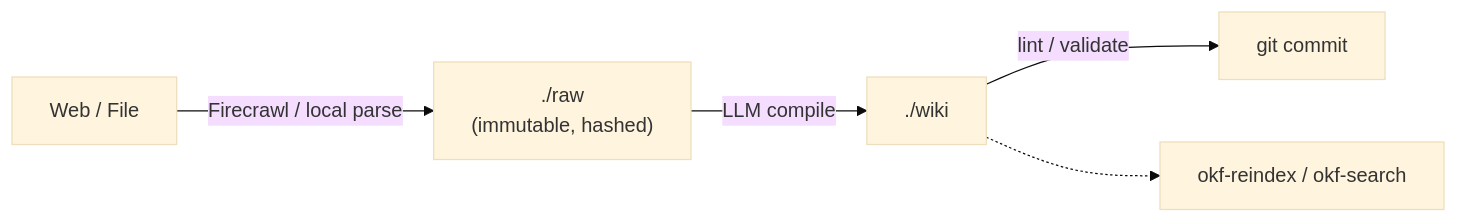
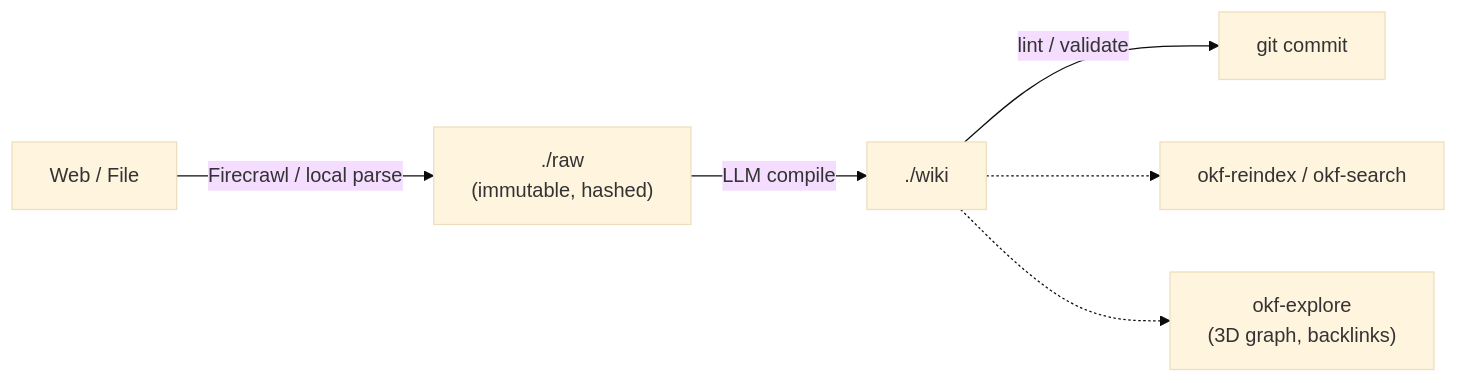
Before and after one commit to guercheLE/okf-mcp-rs: the diagram in README.md, drawn with Mermaid (base theme). The commit also changed other lines of this file and 17 other files, not shown here.

First line of the commit message:
feat(explorer): add okf-mcp explore and okf-explore — Obsidian-style 3D vault explorer

````diff
--- a/README.md
+++ b/README.md
@@ -13,8 +13,10 @@
 ```mermaid
 flowchart LR
     A["Web / File"] -->|"Firecrawl / local parse"| B["./raw
     (immutable, hashed)"]
     B -->|"LLM compile"| C["./wiki"]
     C -->|"lint / validate"| D["git commit"]
     C -.-> E["okf-reindex / okf-search"]
+    C -.-> F["okf-explore
+    (3D graph, backlinks)"]
 ```
````
